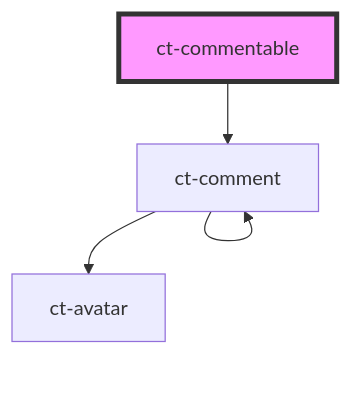
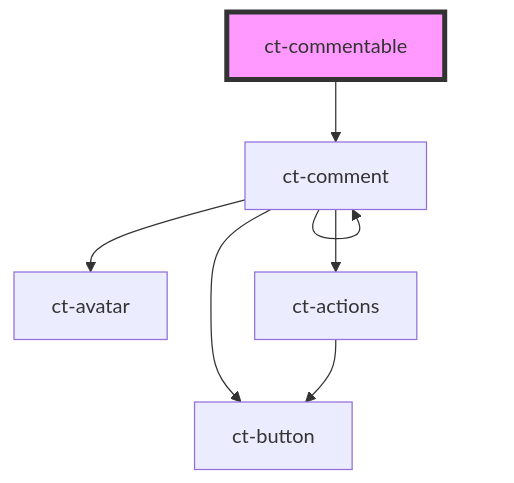
The diagram in src/components/commentable/readme.md (netguru/commentable-js), drawn with Mermaid before and after one commit. The commit also changed 51 other files, not shown here.

````diff
--- a/src/components/commentable/readme.md
+++ b/src/components/commentable/readme.md
@@ -25,7 +25,10 @@
 ```mermaid
 graph TD;
   ct-commentable --> ct-comment
   ct-comment --> ct-avatar
+  ct-comment --> ct-actions
+  ct-comment --> ct-button
   ct-comment --> ct-comment
+  ct-actions --> ct-button
   style ct-commentable fill:#f9f,stroke:#333,stroke-width:4px
 ```
````
